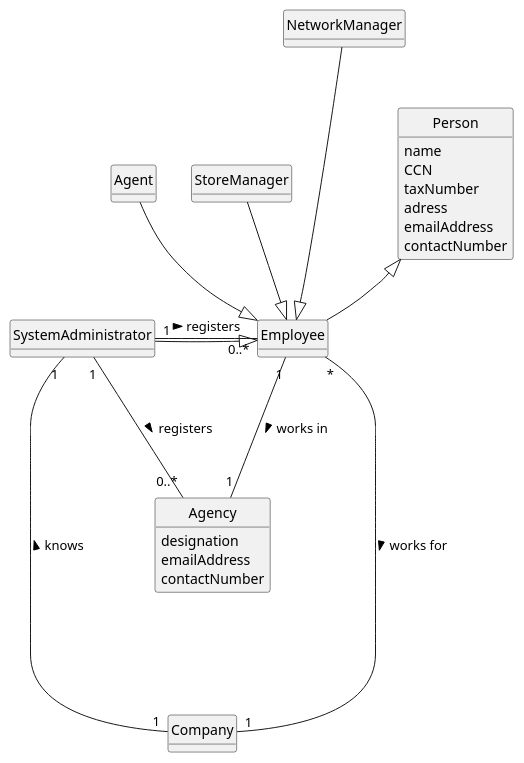
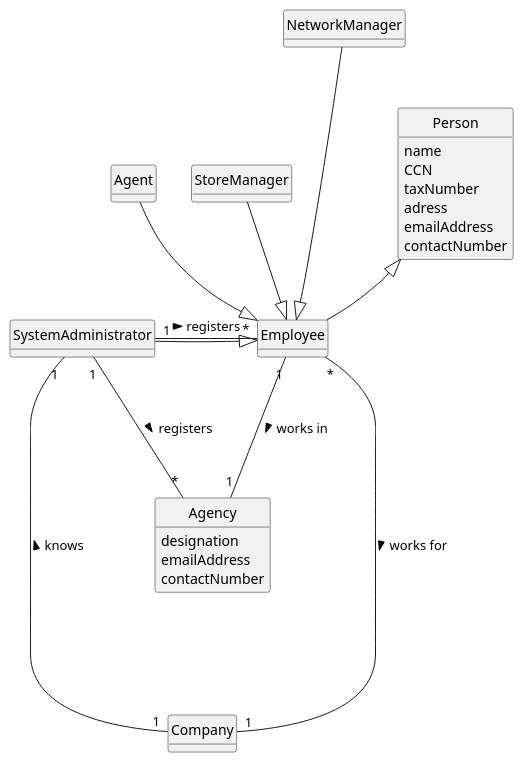
The diagram in docs/sprintA/us003/02.analysis/puml/us003-domain-model.puml (rita-barbosa/LAPR2-2223), drawn with PlantUML before and after one commit. The commit also changed 1 other file, not shown here.

```diff
--- a/docs/sprintA/us003/02.analysis/puml/us003-domain-model.puml
+++ b/docs/sprintA/us003/02.analysis/puml/us003-domain-model.puml
@@ -1,57 +1,57 @@
 @startuml
 skinparam monochrome true
 skinparam packageStyle rectangle
 skinparam shadowing false
 
 'left to right direction
 
 skinparam classAttributeIconSize 0
 
 hide circle
 hide methods
 
 class SystemAdministrator {}
 
 class Company {}
 
 class Employee {}
 
 class Agent{
 }
 
 class StoreManager{
 }
 class NetworkManager{
 'does he also have an agency to which he is assigned to '
 }
 
 class Person{
 name
 CCN
 taxNumber
 adress
 emailAddress
 contactNumber
 }
 
 
 class Agency {
 designation
 emailAddress
 contactNumber
 }
 
 
 Company "1" ----- "1" SystemAdministrator : knows >
 SystemAdministrator ---|> Employee
-SystemAdministrator "1" - "0..*" Employee: registers >
-SystemAdministrator "1" --- "0..*" Agency: registers >
+SystemAdministrator "1" - "*" Employee: registers >
+SystemAdministrator "1" --- "*" Agency: registers >
 Employee "*" ---- "1" Company : works for >
 Employee "1" --- "1" Agency: works in  >
 Person  <|--  Employee
 Agent  --|> Employee
 StoreManager --|> Employee
 NetworkManager ---|> Employee
 
 
 @enduml
```
